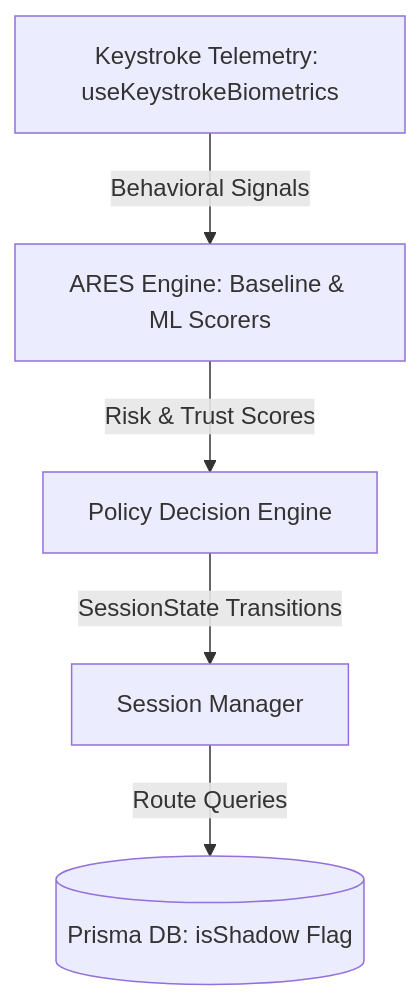
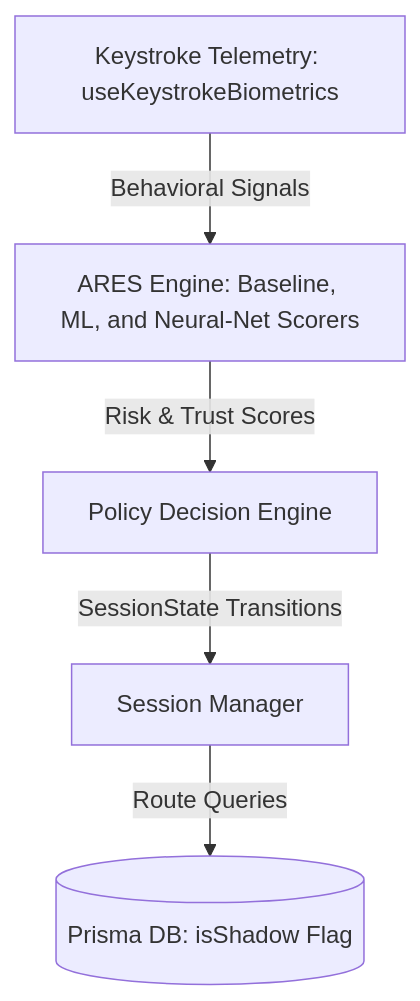
Before and after one commit to Gani-69/crypto_guard: the diagram in docs/writeup.md, drawn with Mermaid. The commit also changed other lines of this file and 30 other files, not shown here.

````diff
--- a/docs/writeup.md
+++ b/docs/writeup.md
@@ -31,13 +33,13 @@
 ```mermaid
 graph TD
     Telemetry[Keystroke Telemetry: useKeystrokeBiometrics]
-    ARES[ARES Engine: Baseline & ML Scorers]
+    ARES[ARES Engine: Baseline, ML, and Neural-Net Scorers]
     PDE[Policy Decision Engine]
     SM[Session Manager]
     DB[(Prisma DB: isShadow Flag)]
     
     Telemetry -->|Behavioral Signals| ARES
     ARES -->|Risk & Trust Scores| PDE
     PDE -->|SessionState Transitions| SM
     SM -->|Route Queries| DB
 ```
````
